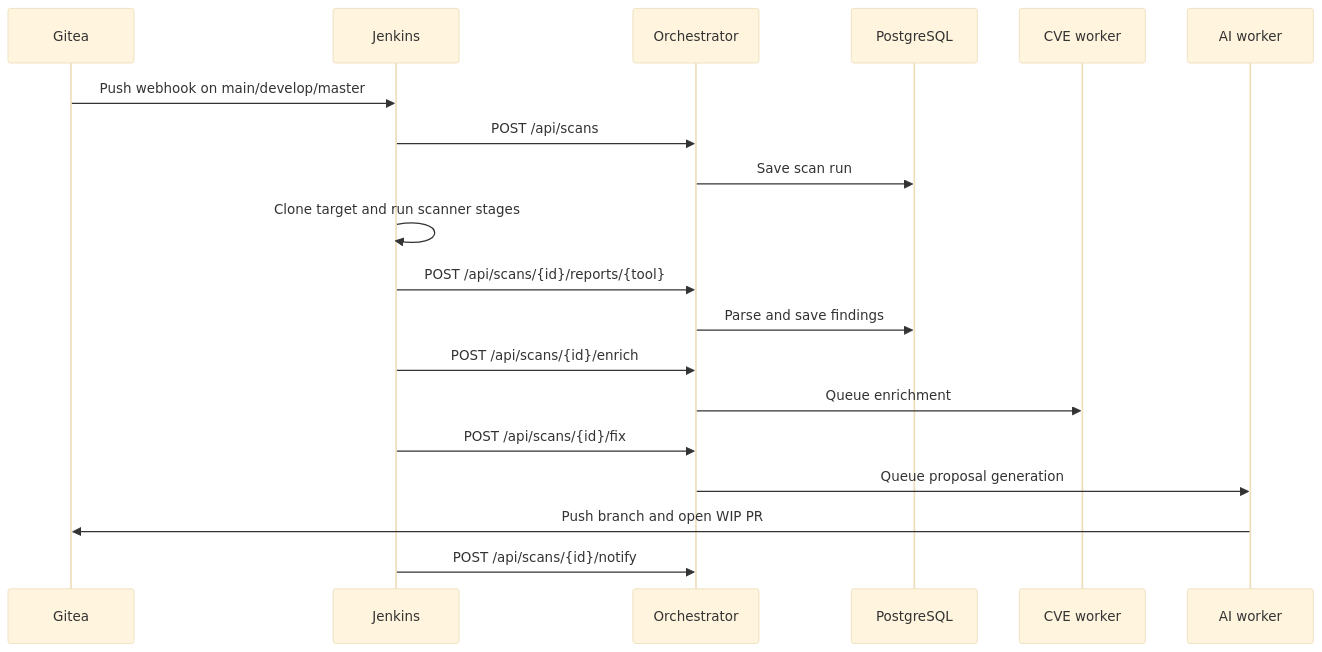
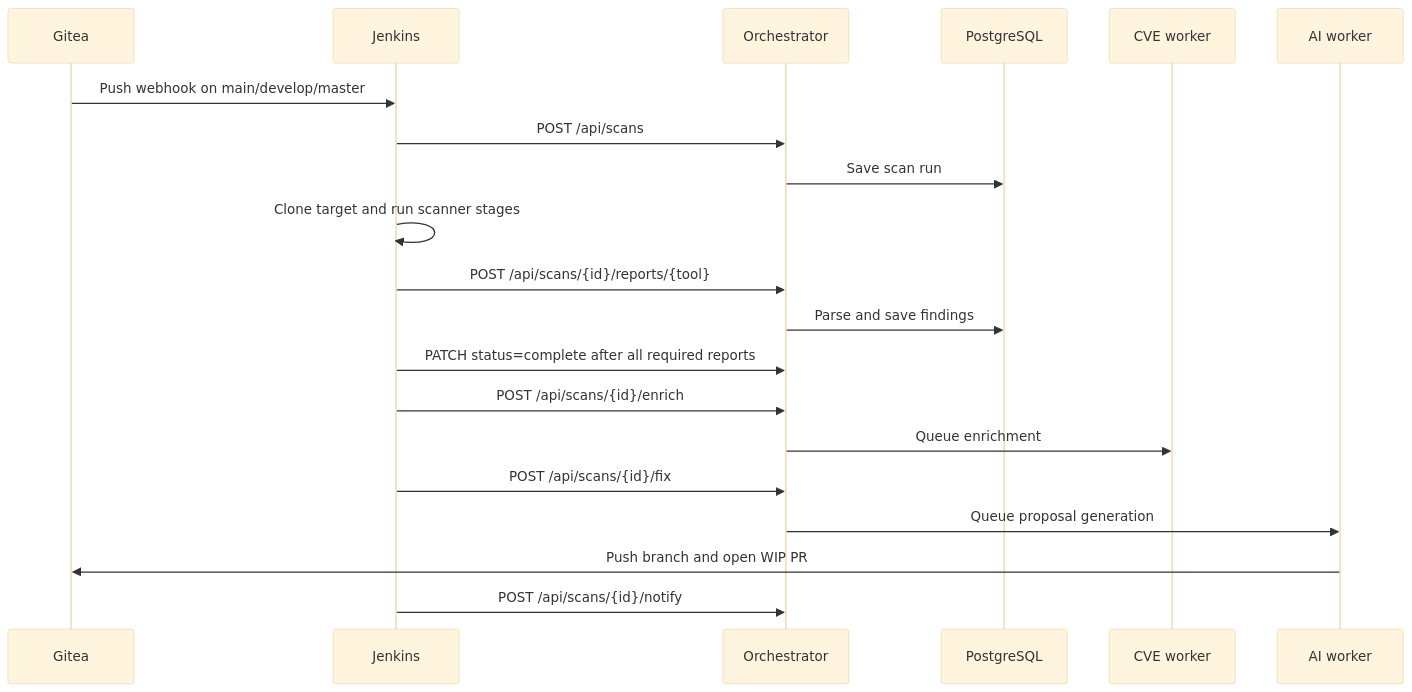
The diagram in docs/ARCHITECTURE.md (BeyondBug/VigilentOps), drawn with Mermaid (base theme) before and after one commit. The commit also changed other lines of this file and 18 other files, not shown here.

````diff
--- a/docs/ARCHITECTURE.md
+++ b/docs/ARCHITECTURE.md
@@ -30,21 +30,22 @@
 ```mermaid
 sequenceDiagram
     participant Git as Gitea
     participant CI as Jenkins
     participant API as Orchestrator
     participant DB as PostgreSQL
     participant CVE as CVE worker
     participant AI as AI worker
     Git->>CI: Push webhook on main/develop/master
     CI->>API: POST /api/scans
     API->>DB: Save scan run
     CI->>CI: Clone target and run scanner stages
     CI->>API: POST /api/scans/{id}/reports/{tool}
     API->>DB: Parse and save findings
+    CI->>API: PATCH status=complete after all required reports
     CI->>API: POST /api/scans/{id}/enrich
     API->>CVE: Queue enrichment
     CI->>API: POST /api/scans/{id}/fix
     API->>AI: Queue proposal generation
     AI->>Git: Push branch and open WIP PR
     CI->>API: POST /api/scans/{id}/notify
 ```
````
